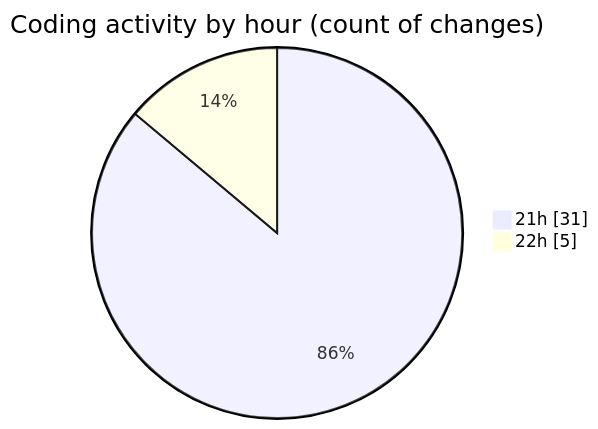
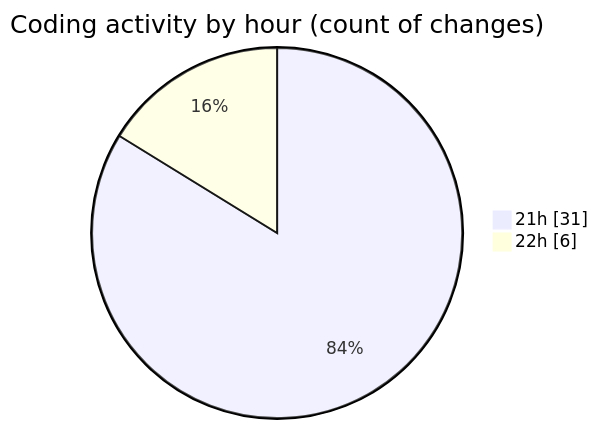
The second of 2 diagrams in 2025-07-19/reggarena/README.md (lephambinh05/code-tracking), drawn with Mermaid before and after one commit. The commit also changed other lines of this file and 1 other file, not shown here.

````diff
--- a/2025-07-19/reggarena/README.md
+++ b/2025-07-19/reggarena/README.md
@@ -44,6 +44,6 @@
 ```mermaid
 pie showData
 title Coding activity by hour (count of changes)
 "21h" : 31
-"22h" : 5
+"22h" : 6
 ```
````
